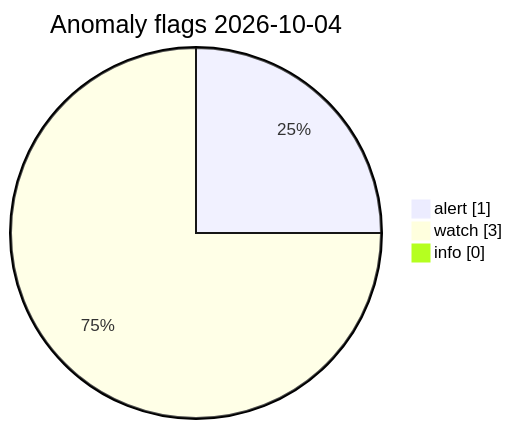
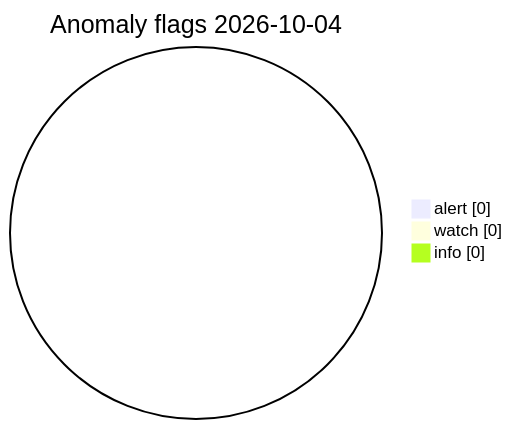
The diagram in visuals/latest/CHARTS.md (Midwest-Stratospheric/Unified-Open-Global-Weather), drawn with Mermaid before and after one commit. The commit also changed other lines of this file and 13 other files, not shown here.

Commit message:
data(visuals): automated charts 2026-10-04T14:55Z

````diff
--- a/visuals/latest/CHARTS.md
+++ b/visuals/latest/CHARTS.md
@@ -73,7 +73,7 @@
 ```mermaid
 pie showData
   title Anomaly flags 2026-10-04
-  "alert" : 1
-  "watch" : 3
+  "alert" : 0
+  "watch" : 0
   "info" : 0
 ```
````
